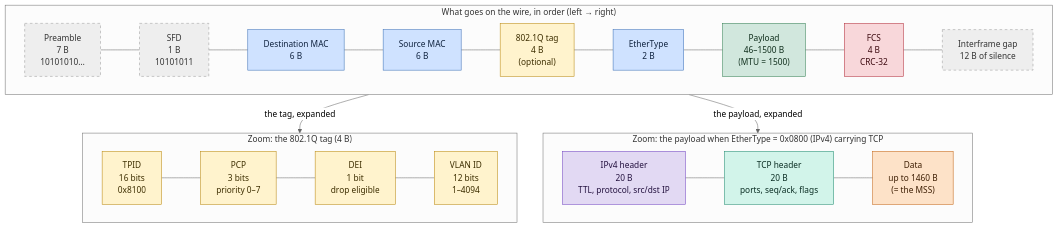
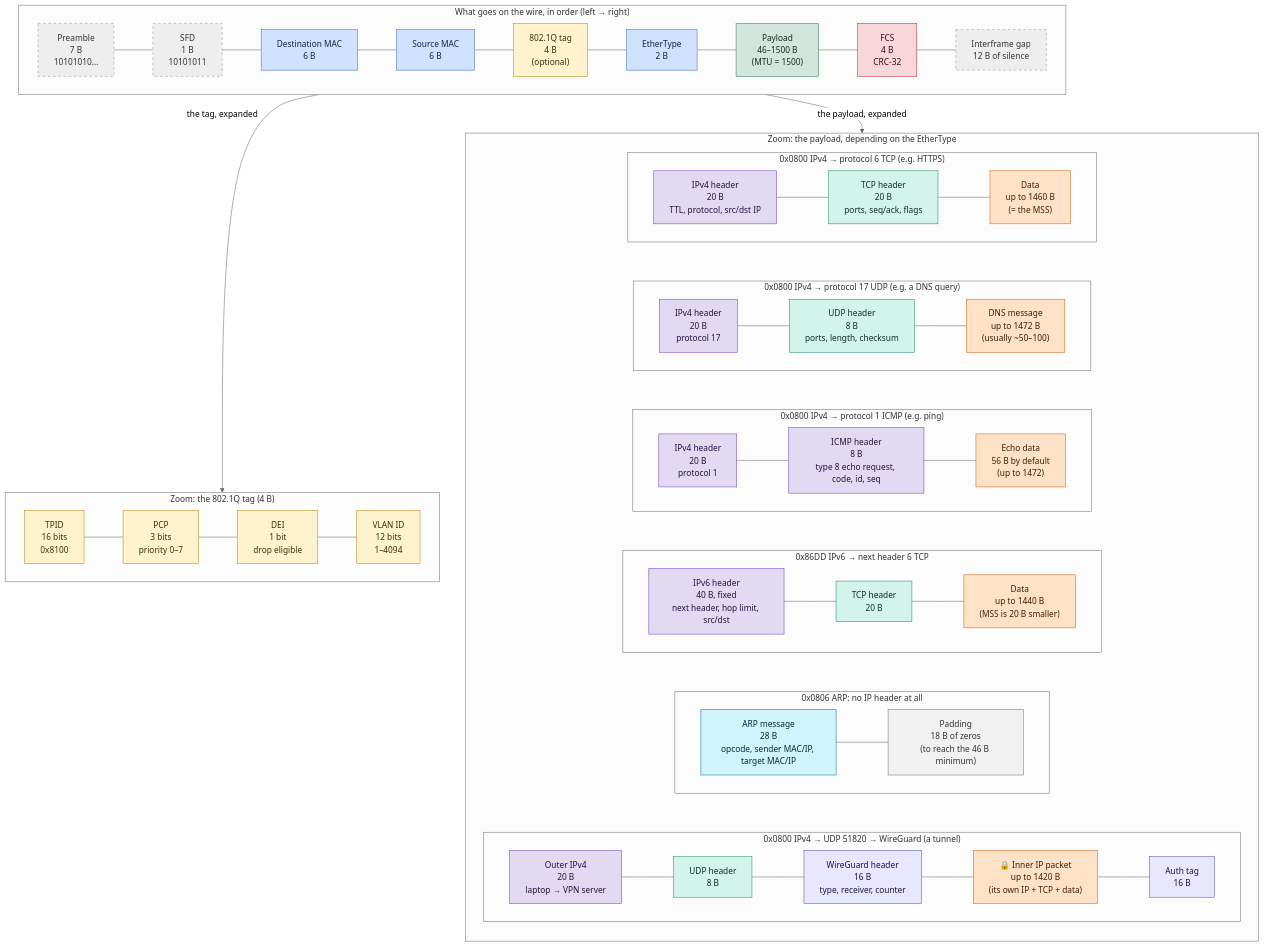
Before and after one commit to IhebBelhadj/second_brain: the third of 3 diagrams in Areas/Networking/Protocols/Network layers.md, drawn with Mermaid (neutral theme). The commit also changed other lines of this file and 1 other file, not shown here.

Commit message:
vault backup: 2026-09-27 19:02:10
Affected files:
Areas/Networking/Protocols/Network layers.md
Inbox/This to study next.md

````diff
--- a/Areas/Networking/Protocols/Network layers.md
+++ b/Areas/Networking/Protocols/Network layers.md
@@ -96,26 +96,53 @@
 ```mermaid
 flowchart TB
     subgraph WIRE["What goes on the wire, in order (left → right)"]
         direction LR
         PRE["Preamble<br/>7 B<br/>10101010…"]:::phy --- SFD["SFD<br/>1 B<br/>10101011"]:::phy --- DST["Destination MAC<br/>6 B"]:::hdr --- SRC["Source MAC<br/>6 B"]:::hdr --- TAG["802.1Q tag<br/>4 B<br/>(optional)"]:::opt --- ET["EtherType<br/>2 B"]:::hdr --- PAY["Payload<br/>46–1500 B<br/>(MTU = 1500)"]:::pay --- FCS["FCS<br/>4 B<br/>CRC-32"]:::trl --- IFG["Interframe gap<br/>12 B of silence"]:::phy
     end
     subgraph VLAN["Zoom: the 802.1Q tag (4 B)"]
         direction LR
         TPID["TPID<br/>16 bits<br/>0x8100"]:::opt --- PCP["PCP<br/>3 bits<br/>priority 0–7"]:::opt --- DEI["DEI<br/>1 bit<br/>drop eligible"]:::opt --- VID["VLAN ID<br/>12 bits<br/>1–4094"]:::opt
     end
-    subgraph INSIDE["Zoom: the payload when EtherType = 0x0800 (IPv4) carrying TCP"]
-        direction LR
-        IPH["IPv4 header<br/>20 B<br/>TTL, protocol, src/dst IP"]:::l3 --- TCPH["TCP header<br/>20 B<br/>ports, seq/ack, flags"]:::l4 --- DATA["Data<br/>up to 1460 B<br/>(= the MSS)"]:::l7
+    subgraph INSIDE["Zoom: the payload, depending on the EtherType"]
+        direction TB
+        subgraph P_TCP["0x0800 IPv4 → protocol 6 TCP (e.g. HTTPS)"]
+            direction LR
+            IPH["IPv4 header<br/>20 B<br/>TTL, protocol, src/dst IP"]:::l3 --- TCPH["TCP header<br/>20 B<br/>ports, seq/ack, flags"]:::l4 --- DATA["Data<br/>up to 1460 B<br/>(= the MSS)"]:::l7
+        end
+        subgraph P_UDP["0x0800 IPv4 → protocol 17 UDP (e.g. a DNS query)"]
+            direction LR
+            IPH2["IPv4 header<br/>20 B<br/>protocol 17"]:::l3 --- UDPH["UDP header<br/>8 B<br/>ports, length, checksum"]:::l4 --- DNSQ["DNS message<br/>up to 1472 B<br/>(usually ~50–100)"]:::l7
+        end
+        subgraph P_ICMP["0x0800 IPv4 → protocol 1 ICMP (e.g. ping)"]
+            direction LR
+            IPH3["IPv4 header<br/>20 B<br/>protocol 1"]:::l3 --- ICMPH["ICMP header<br/>8 B<br/>type 8 echo request, code, id, seq"]:::l3 --- ECHO["Echo data<br/>56 B by default<br/>(up to 1472)"]:::l7
+        end
+        subgraph P_V6["0x86DD IPv6 → next header 6 TCP"]
+            direction LR
+            IP6H["IPv6 header<br/>40 B, fixed<br/>next header, hop limit, src/dst"]:::l3 --- TCPH2["TCP header<br/>20 B"]:::l4 --- DATA2["Data<br/>up to 1440 B<br/>(MSS is 20 B smaller)"]:::l7
+        end
+        subgraph P_ARP["0x0806 ARP: no IP header at all"]
+            direction LR
+            ARPM["ARP message<br/>28 B<br/>opcode, sender MAC/IP, target MAC/IP"]:::arp --- PAD["Padding<br/>18 B of zeros<br/>(to reach the 46 B minimum)"]:::pad
+        end
+        subgraph P_WG["0x0800 IPv4 → UDP 51820 → WireGuard (a tunnel)"]
+            direction LR
+            IPH4["Outer IPv4<br/>20 B<br/>laptop → VPN server"]:::l3 --- UDPH2["UDP header<br/>8 B"]:::l4 --- WGH["WireGuard header<br/>16 B<br/>type, receiver, counter"]:::tun --- INNER["🔒 Inner IP packet<br/>up to 1420 B<br/>(its own IP + TCP + data)"]:::l7 --- TAG16["Auth tag<br/>16 B"]:::tun
+        end
+        P_TCP ~~~ P_UDP ~~~ P_ICMP ~~~ P_V6 ~~~ P_ARP ~~~ P_WG
     end
     WIRE -- "the tag, expanded" --> VLAN
     WIRE -- "the payload, expanded" --> INSIDE
 
     classDef phy fill:#eeeeee,stroke:#999999,stroke-dasharray: 5 5,color:#333333
     classDef hdr fill:#cfe2ff,stroke:#3b6fb6,color:#10233f
     classDef opt fill:#fff3cd,stroke:#b8860b,color:#3d2e00
     classDef pay fill:#d1e7dd,stroke:#2e7d4f,color:#0f2e1c
     classDef trl fill:#f8d7da,stroke:#b02a37,color:#3d0a10
     classDef l3 fill:#e2d9f3,stroke:#6f42c1,color:#24123f
     classDef l4 fill:#d2f4ea,stroke:#1f8a70,color:#0b2e24
     classDef l7 fill:#fde2c8,stroke:#c46210,color:#3d1e03
+    classDef arp fill:#cff4fc,stroke:#0a7a8f,color:#032b33
+    classDef pad fill:#f1f1f1,stroke:#777777,color:#333333
+    classDef tun fill:#e7e7ff,stroke:#4b4bb3,color:#16163d
 ```
````
